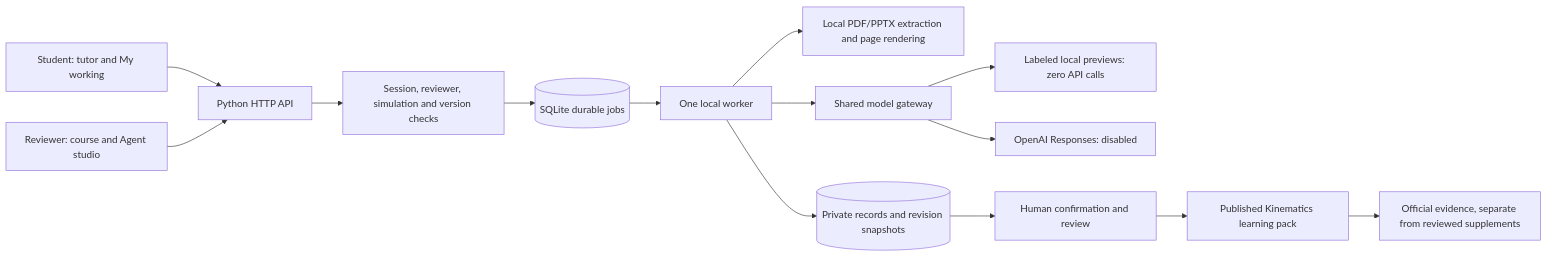
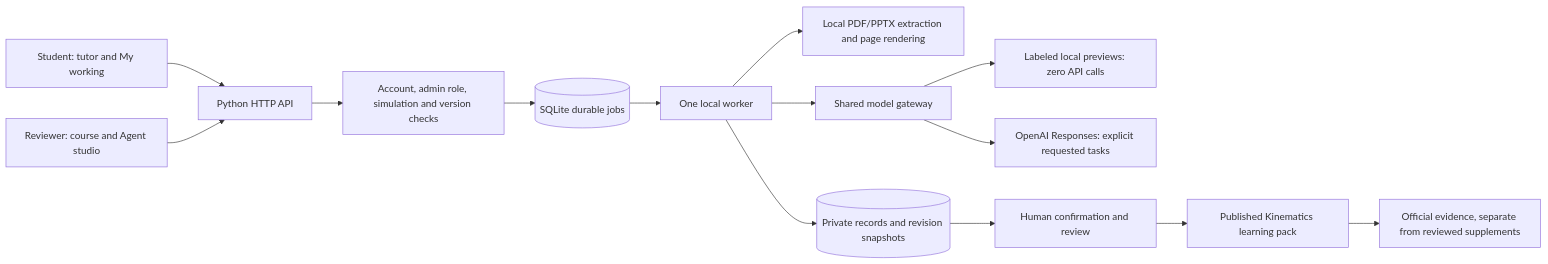
The diagram in docs/AGENT_WORKFLOWS.md (Yudeweb/fieldnotes), drawn with Mermaid before and after one commit. The commit also changed other lines of this file and 20 other files, not shown here.

Commit message:
Add account profiles, admin-only studios, and budgeted live AI

````diff
--- a/docs/AGENT_WORKFLOWS.md
+++ b/docs/AGENT_WORKFLOWS.md
@@ -7,16 +7,16 @@
 ```mermaid
 flowchart LR
     STUDENT[Student: tutor and My working] --> HTTP[Python HTTP API]
     REVIEWER[Reviewer: course and Agent studio] --> HTTP
-    HTTP --> CHECK[Session, reviewer, simulation and version checks]
+    HTTP --> CHECK[Account, admin role, simulation and version checks]
     CHECK --> JOBS[(SQLite durable jobs)]
     JOBS --> WORKER[One local worker]
     WORKER --> READER[Local PDF/PPTX extraction and page rendering]
     WORKER --> GATE[Shared model gateway]
     GATE --> OFFLINE[Labeled local previews: zero API calls]
-    GATE --> LIVE[OpenAI Responses: disabled]
+    GATE --> LIVE[OpenAI Responses: explicit requested tasks]
     WORKER --> RECORDS[(Private records and revision snapshots)]
     RECORDS --> REVIEW[Human confirmation and review]
     REVIEW --> PACK[Published Kinematics learning pack]
     PACK --> TUTOR[Official evidence, separate from reviewed supplements]
 ```
````
